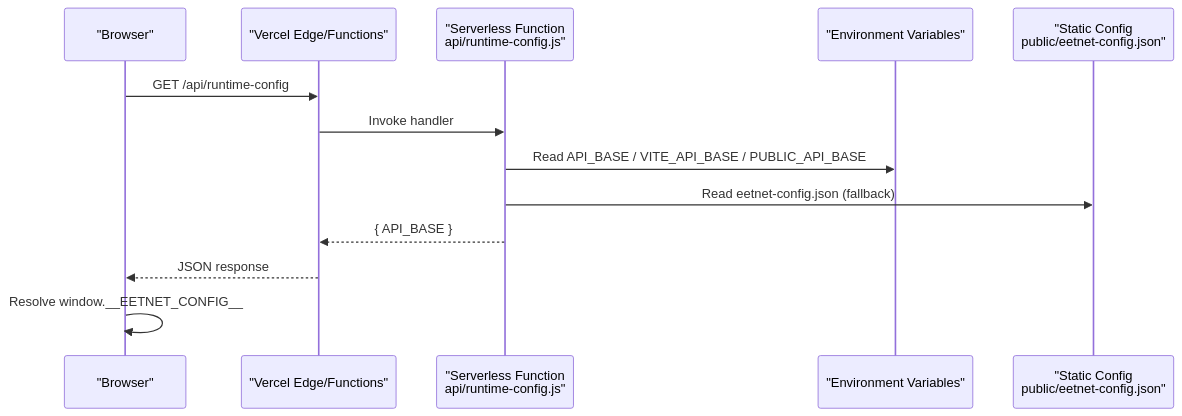
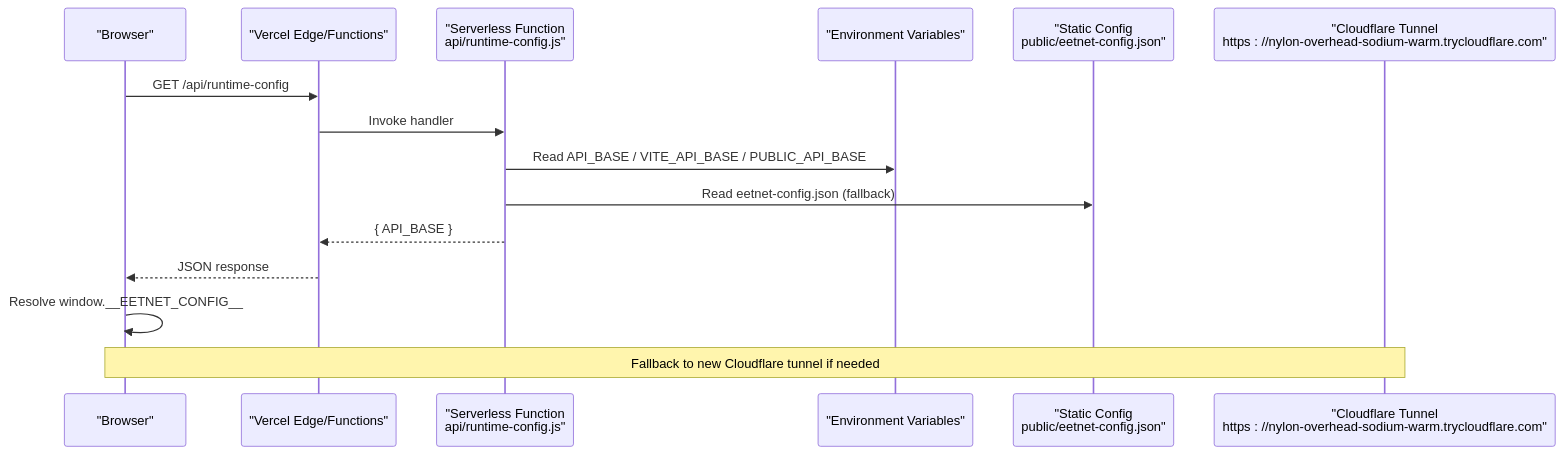
The second of 3 diagrams in .qoder/repowiki/en/content/Deployment & DevOps/Environment Configuration/Environment Configuration.md (techniciansupremus-lab/Project-Anime), drawn with Mermaid before and after one commit. The commit also changed other lines of this file and 101 other files, not shown here.

````diff
--- a/.qoder/repowiki/en/content/Deployment & DevOps/Environment Configuration/Environment Configuration.md
+++ b/.qoder/repowiki/en/content/Deployment & DevOps/Environment Configuration/Environment Configuration.md
@@ -105,15 +118,17 @@
 ```mermaid
 sequenceDiagram
 participant Browser as "Browser"
 participant Vercel as "Vercel Edge/Functions"
 participant SF as "Serverless Function<br/>api/runtime-config.js"
 participant Env as "Environment Variables"
 participant Static as "Static Config<br/>public/eetnet-config.json"
+participant CF as "Cloudflare Tunnel<br/>https : //nylon-overhead-sodium-warm.trycloudflare.com"
 Browser->>Vercel : GET /api/runtime-config
 Vercel->>SF : Invoke handler
 SF->>Env : Read API_BASE / VITE_API_BASE / PUBLIC_API_BASE
 SF->>Static : Read eetnet-config.json (fallback)
 SF-->>Vercel : { API_BASE }
 Vercel-->>Browser : JSON response
 Browser->>Browser : Resolve window.__EETNET_CONFIG__
+Note over Browser,CF : Fallback to new Cloudflare tunnel if needed
 ```
````
